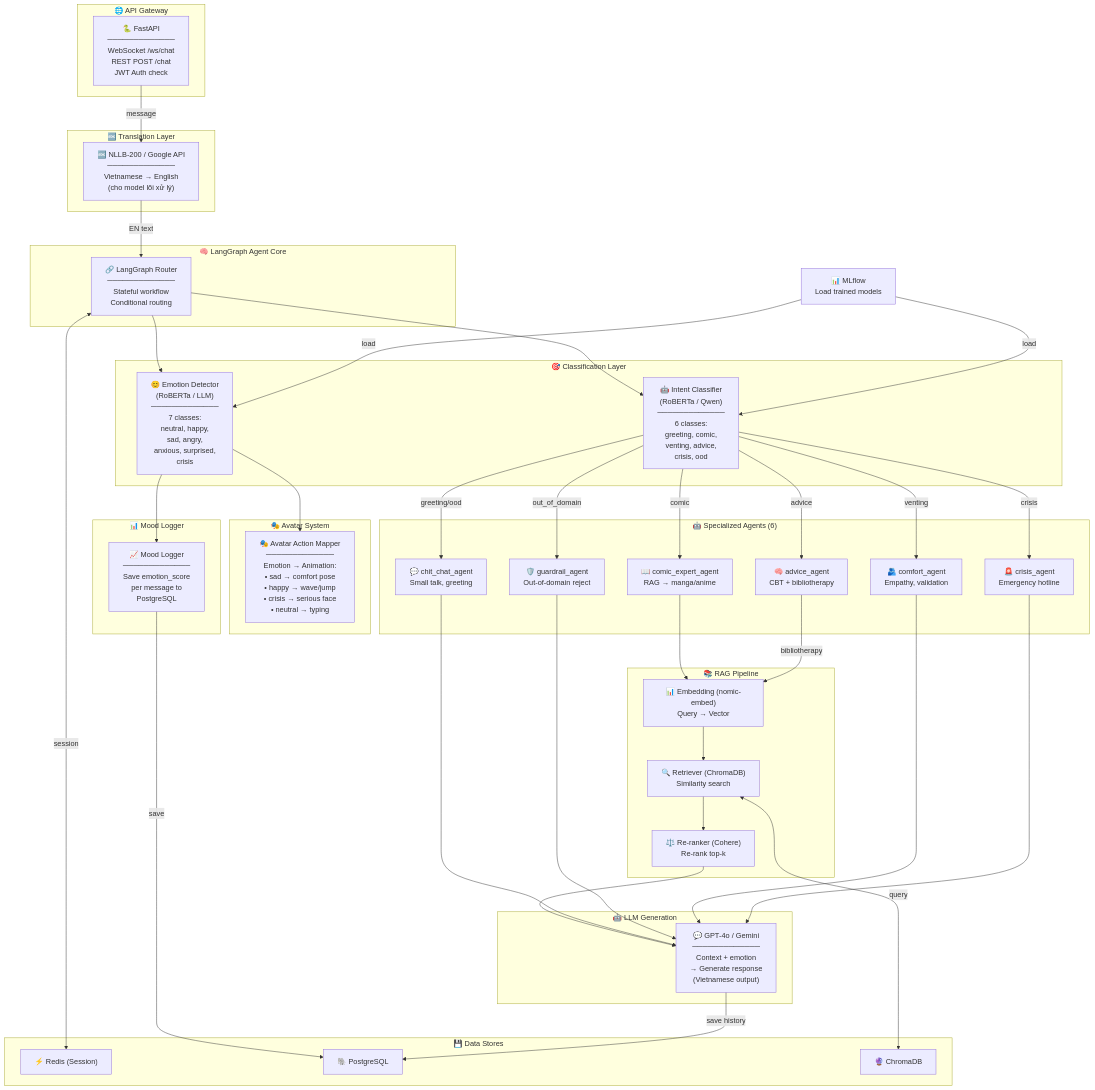
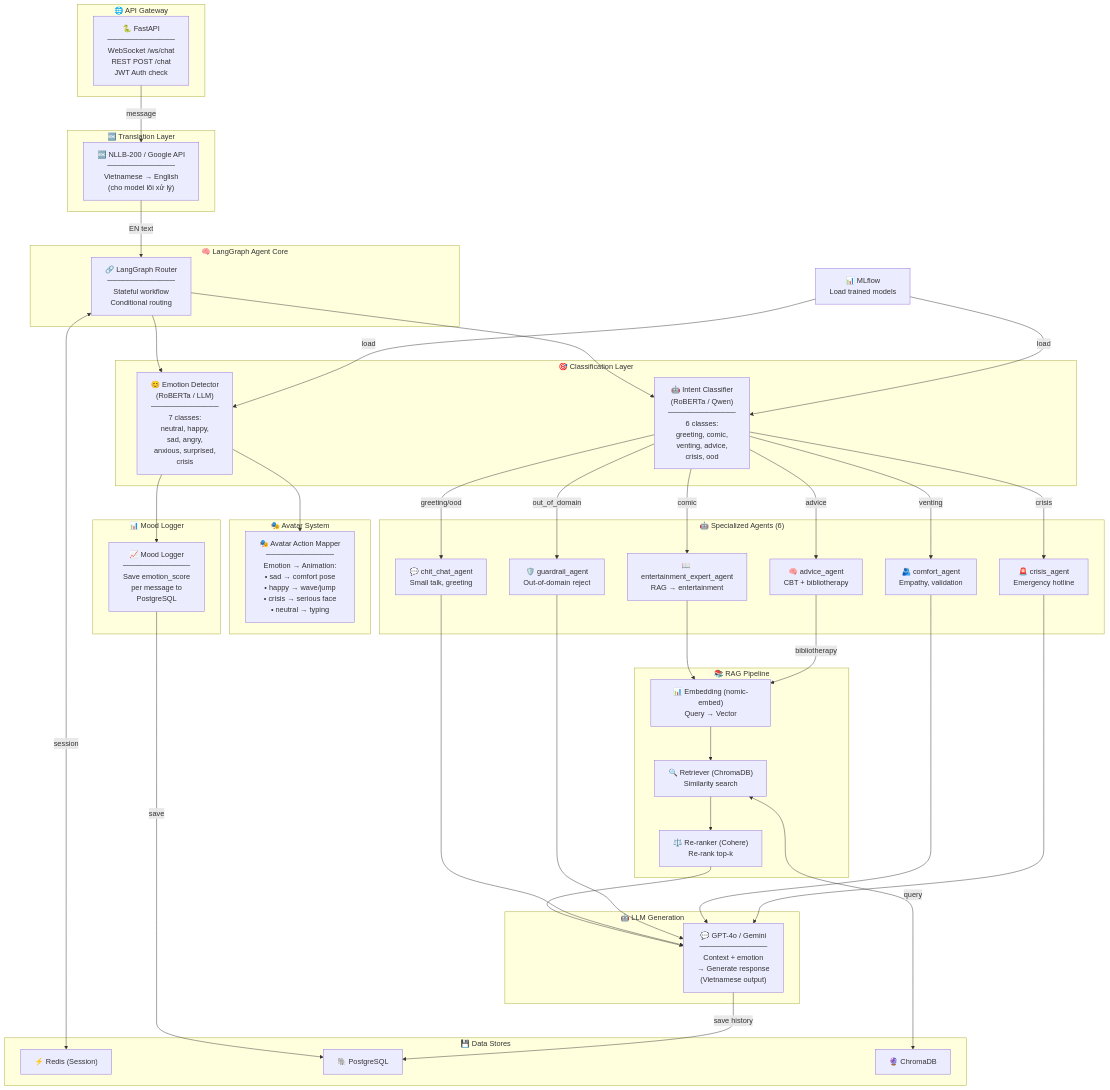
Before and after one commit to vphuocthinh2006/VirFriendo: the second of 8 diagrams in docs/02_system_architecture.md, drawn with Mermaid. The commit also changed other lines of this file and 58 other files, not shown here.

```diff
--- a/docs/02_system_architecture.md
+++ b/docs/02_system_architecture.md
@@ -161,7 +161,7 @@
     subgraph "🤖 Specialized Agents (6)"
         A1["💬 chit_chat_agent<br/>Small talk, greeting"]
         A2["🛡️ guardrail_agent<br/>Out-of-domain reject"]
-        A3["📖 comic_expert_agent<br/>RAG → manga/anime"]
+        A3["📖 entertainment_expert_agent<br/>RAG → entertainment"]
         A4["🫂 comfort_agent<br/>Empathy, validation"]
         A5["🧠 advice_agent<br/>CBT + bibliotherapy"]
         A6["🚨 crisis_agent<br/>Emergency hotline"]
```
